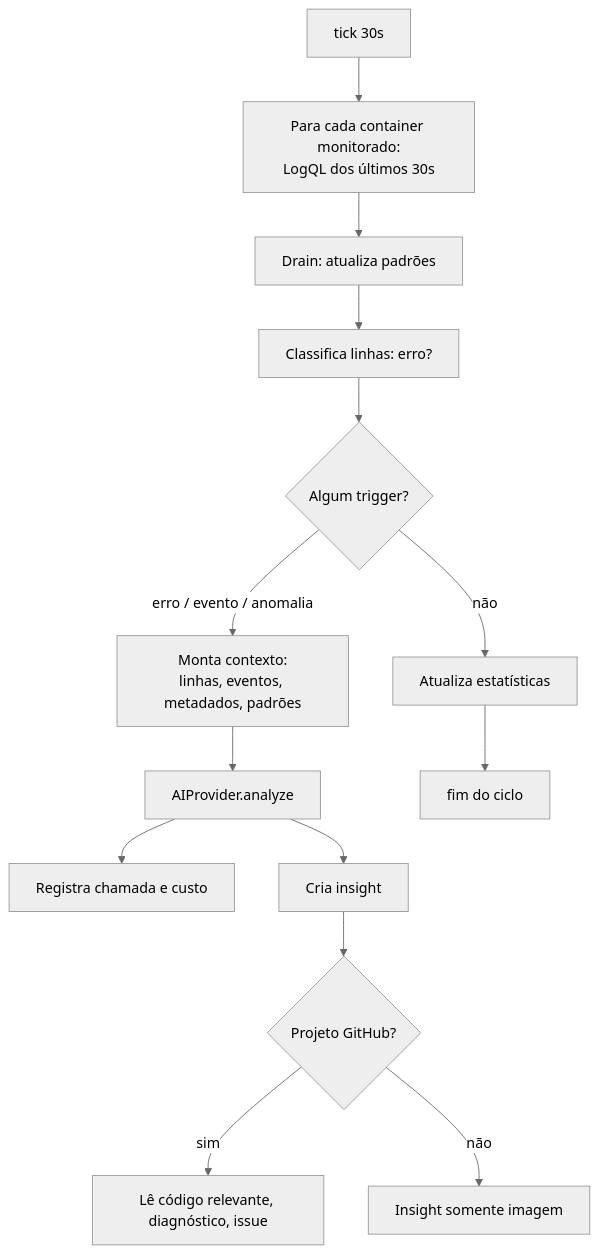
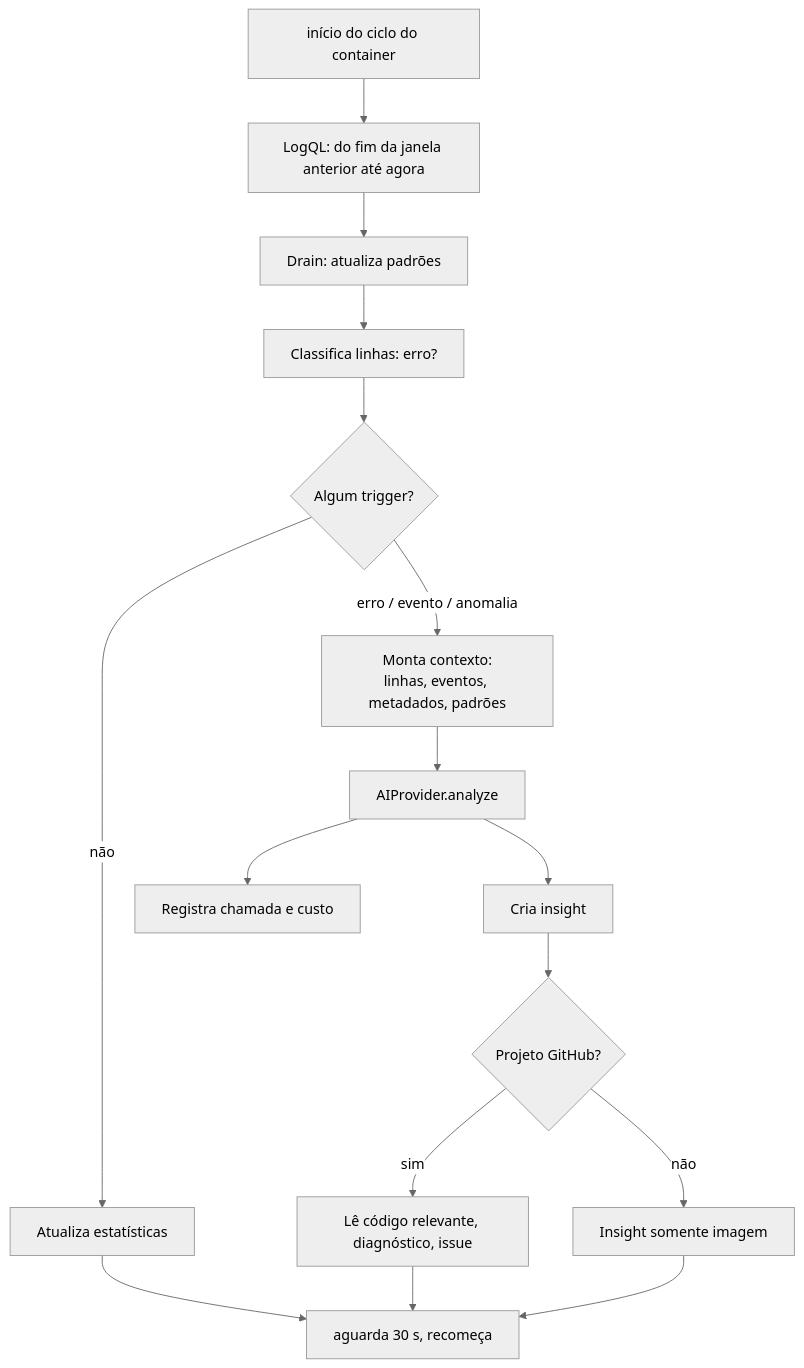
Before and after one commit to juannobrega/lognix: the sixth of 7 diagrams in .documentation/Planning/02 Arquitetura/Arquitetura Geral.md, drawn with Mermaid (neutral theme). The commit also changed other lines of this file and 10 other files, not shown here.

Commit message:
docs: ciclo sequencial por container com IA aguardada, sem deduplicação na v1, executor na interface, só português

````diff
--- a/.documentation/Planning/02 Arquitetura/Arquitetura Geral.md
+++ b/.documentation/Planning/02 Arquitetura/Arquitetura Geral.md
@@ -158,16 +158,18 @@
 ```mermaid
 flowchart TD
-    S[tick 30s] --> Q[Para cada container monitorado:<br/>LogQL dos últimos 30s]
+    S[início do ciclo do container] --> Q[LogQL: do fim da janela anterior até agora]
     Q --> D[Drain: atualiza padrões]
     D --> C[Classifica linhas: erro?]
     C --> T{Algum trigger?}
     T -->|não| STAT[Atualiza estatísticas]
     T -->|erro / evento / anomalia| CTX[Monta contexto:<br/>linhas, eventos, metadados, padrões]
     CTX --> AI[AIProvider.analyze]
     AI --> COST[Registra chamada e custo]
     AI --> INS[Cria insight]
     INS --> GH{Projeto GitHub?}
     GH -->|sim| CODE[Lê código relevante, diagnóstico, issue]
     GH -->|não| END[Insight somente imagem]
-    STAT --> END2[fim do ciclo]
+    STAT --> END2[aguarda 30 s, recomeça]
+    END --> END2
+    CODE --> END2
 ```
````
